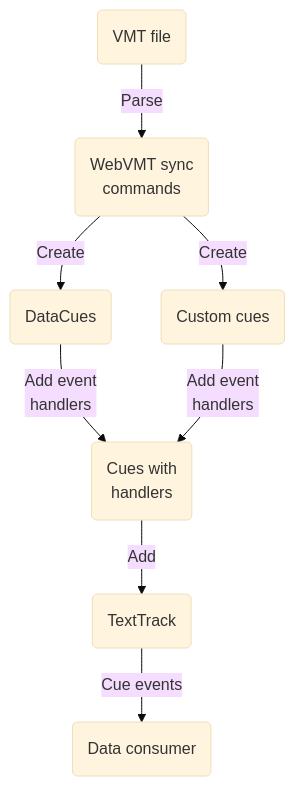
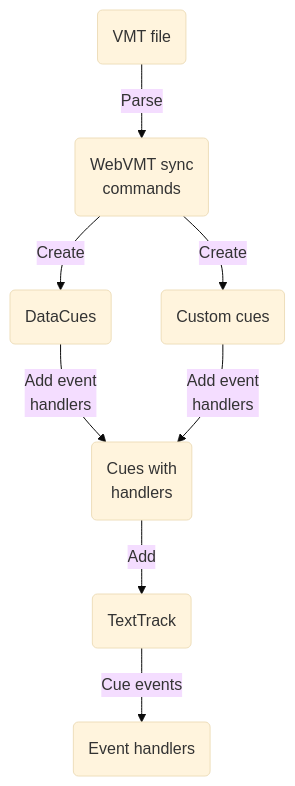
The first of 2 diagrams in README.md (webvmt/vmt-sync-examples), drawn with Mermaid (base theme) before and after one commit. The commit also changed other lines of this file and 9 other files, not shown here.

`````diff
--- a/README.md
+++ b/README.md
@@ -27,15 +27,15 @@
  ````mermaid
- graph TD;
-   A(VMT file) --> |Parse| B;
-   B("WebVMT sync
-   commands") --> |Create| C;
-   C(DataCues) --> |"Add event
-   handlers"| E;
-   B --> |Create| D(Custom cues);
-   D --> |"Add event
-   handlers"| E;
-   E("Cues with
-   handlers") --> |Add| F;
-   F(TextTrack) --> |Cue events| G;
-   G(Data consumer);
+ graph TD
+    A(VMT file) --> |Parse| B
+    B("WebVMT sync
+    commands") --> |Create| C
+    C(DataCues) --> |"Add event
+    handlers"| E
+    B --> |Create| D(Custom cues)
+    D --> |"Add event
+    handlers"| E
+    E("Cues with
+    handlers") --> |Add| F
+    F(TextTrack) --> |Cue events| G
+    G(Event handlers)
  ````
`````
